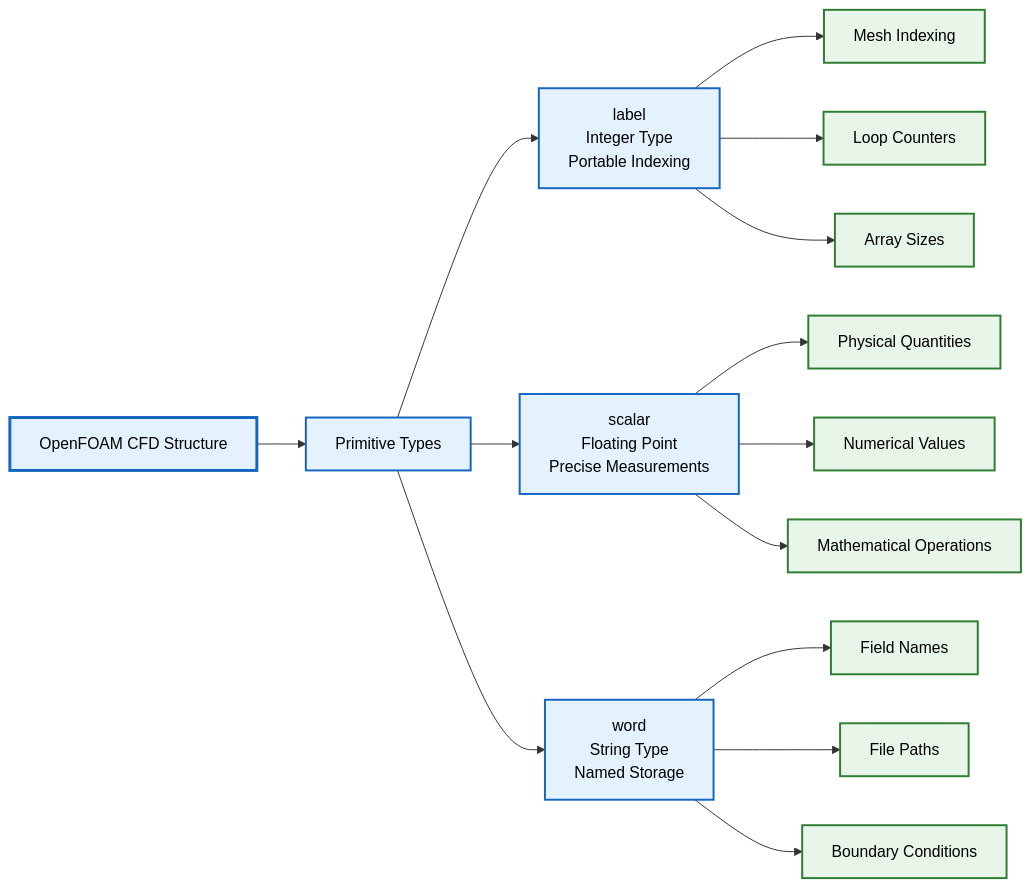
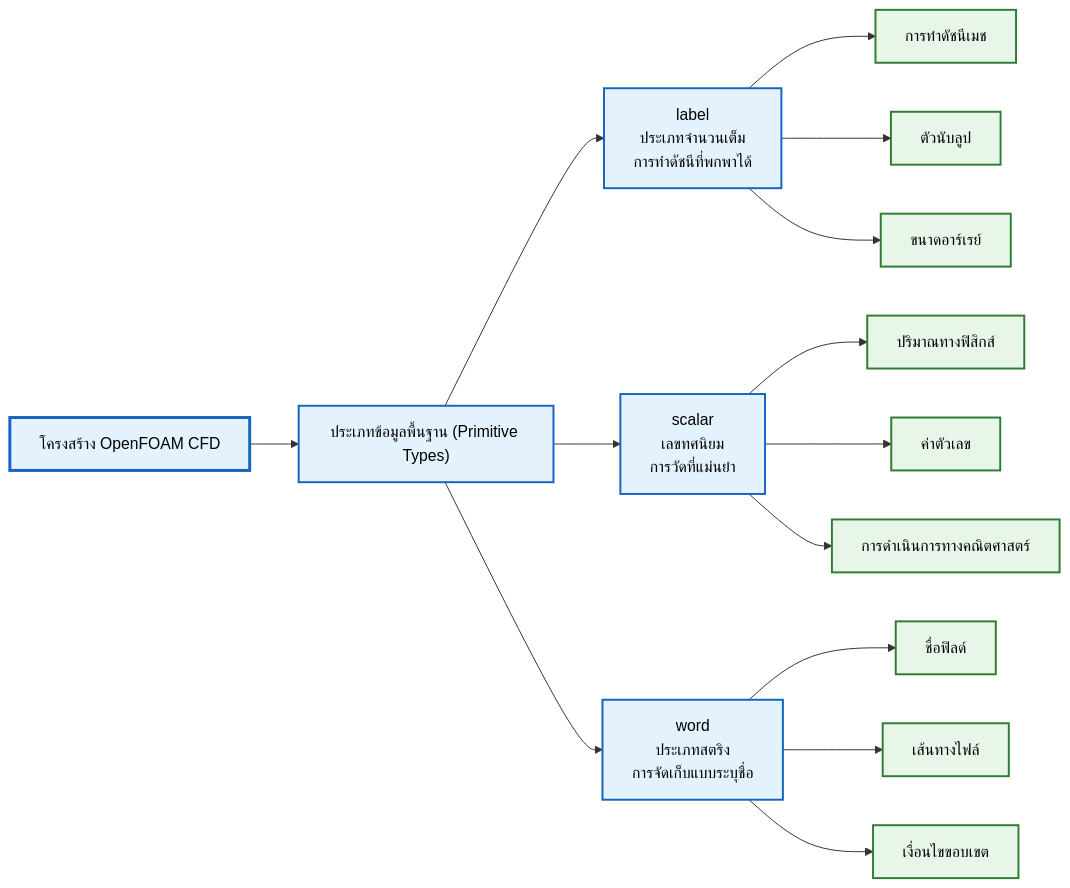
One commit to wramet/build-my-cfd changed the diagram in MODULE_05_OPENFOAM_PROGRAMMING/CONTENT/01_FOUNDATION_PRIMITIVES/02_Basic_Primitives.md. Above: the diagram before and after it, drawn with Mermaid. The commit also changed other lines of this file and 104 other files, not shown here.

````diff
--- a/MODULE_05_OPENFOAM_PROGRAMMING/CONTENT/01_FOUNDATION_PRIMITIVES/02_Basic_Primitives.md
+++ b/MODULE_05_OPENFOAM_PROGRAMMING/CONTENT/01_FOUNDATION_PRIMITIVES/02_Basic_Primitives.md
@@ -13,28 +13,28 @@
 ```mermaid
 graph LR
-    A["OpenFOAM CFD Structure"] --> B["Primitive Types"]
+    A["โครงสร้าง OpenFOAM CFD"] --> B["ประเภทข้อมูลพื้นฐาน (Primitive Types)"]
 
-    B --> C["label<br/>Integer Type<br/>Portable Indexing"]
-    B --> D["scalar<br/>Floating Point<br/>Precise Measurements"]
-    B --> E["word<br/>String Type<br/>Named Storage"]
+    B --> C["label<br/>ประเภทจำนวนเต็ม<br/>การทำดัชนีที่พกพาได้"]
+    B --> D["scalar<br/>เลขทศนิยม<br/>การวัดที่แม่นยำ"]
+    B --> E["word<br/>ประเภทสตริง<br/>การจัดเก็บแบบระบุชื่อ"]
 
-    C --> C1["Mesh Indexing"]
-    C --> C2["Loop Counters"]
-    C --> C3["Array Sizes"]
+    C --> C1["การทำดัชนีเมช"]
+    C --> C2["ตัวนับลูป"]
+    C --> C3["ขนาดอาร์เรย์"]
 
-    D --> D1["Physical Quantities"]
-    D --> D2["Numerical Values"]
-    D --> D3["Mathematical Operations"]
+    D --> D1["ปริมาณทางฟิสิกส์"]
+    D --> D2["ค่าตัวเลข"]
+    D --> D3["การดำเนินการทางคณิตศาสตร์"]
 
-    E --> E1["Field Names"]
-    E --> E2["File Paths"]
-    E --> E3["Boundary Conditions"]
+    E --> E1["ชื่อฟิลด์"]
+    E --> E2["เส้นทางไฟล์"]
+    E --> E3["เงื่อนไขขอบเขต"]
 
     style A fill:#e3f2fd,stroke:#1565c0,stroke-width:3px,color:#000
     classDef process fill:#e3f2fd,stroke:#1565c0,stroke-width:2px,color:#000
     classDef storage fill:#e8f5e9,stroke:#2e7d32,stroke-width:2px,color:#000
     classDef terminator fill:#ffebee,stroke:#c62828,stroke-width:2px,color:#000
 
     class B,C,D,E process
     class C1,C2,C3,D1,D2,D3,E1,E2,E3 storage
 ```
````
